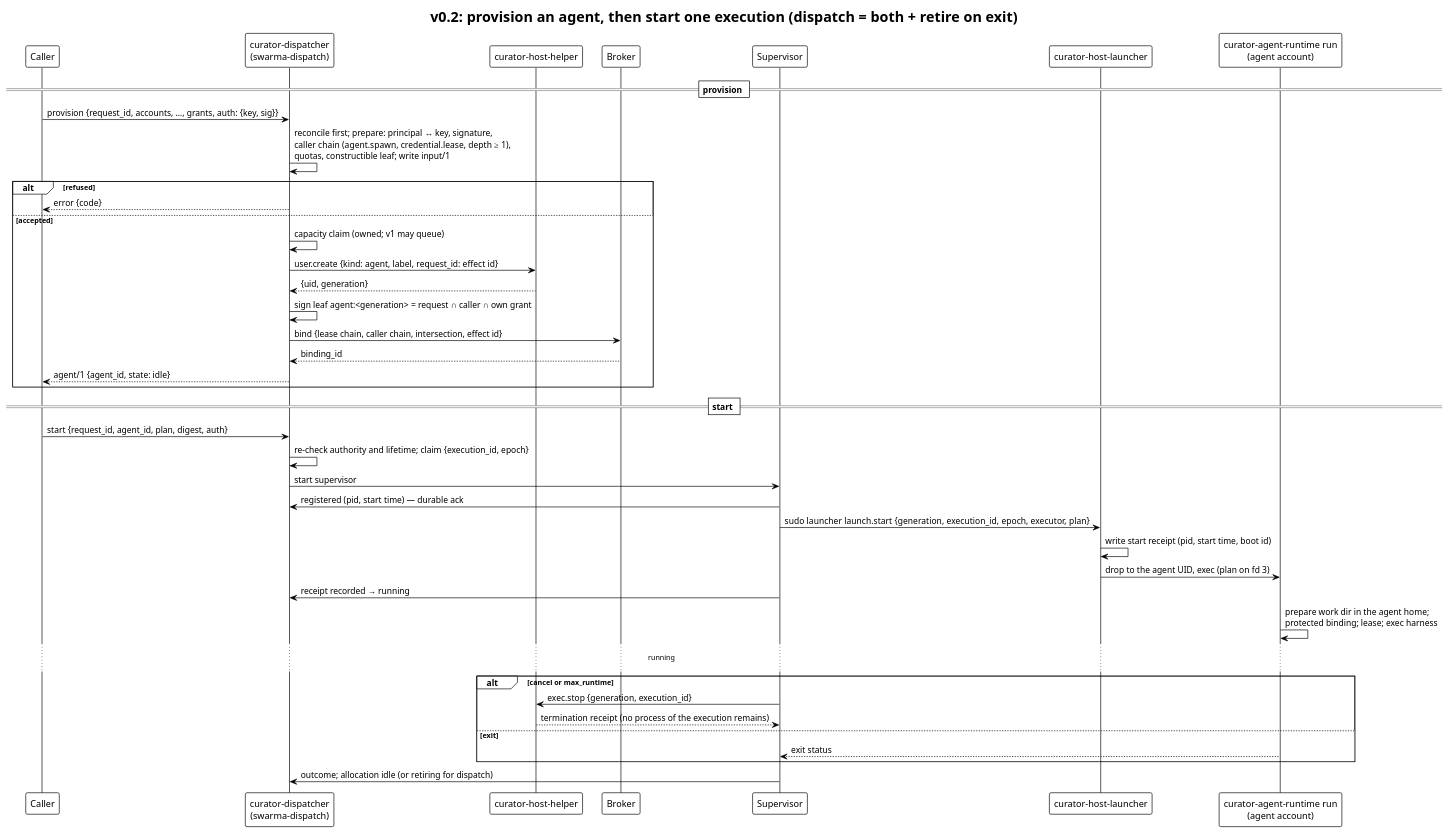
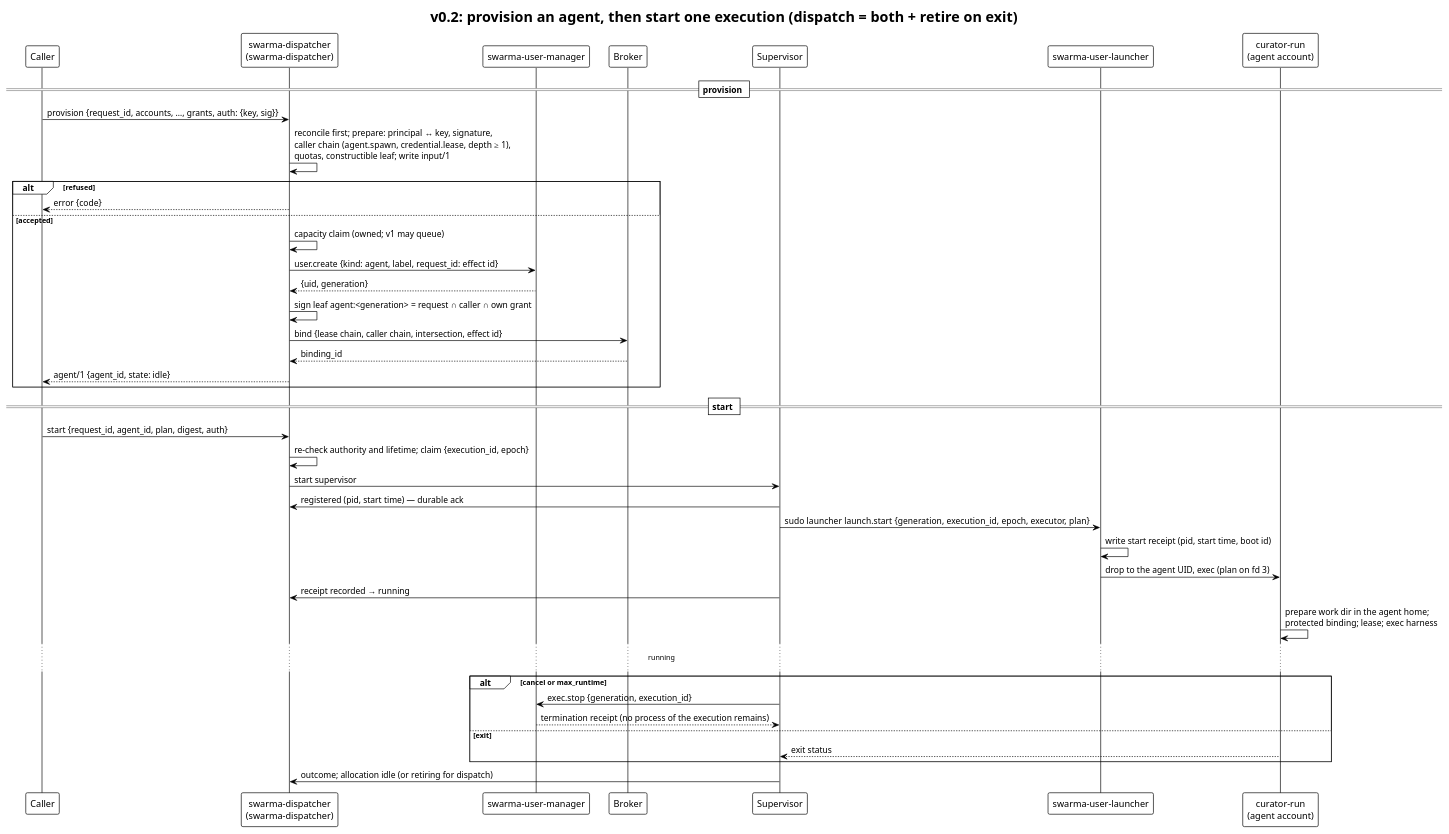
Before and after one commit to relux-works/curator-dispatcher: the diagram in diagrams/dispatch-lifecycle.puml, drawn with PlantUML. The commit also changed 5 other files, not shown here.

```diff
--- a/diagrams/dispatch-lifecycle.puml
+++ b/diagrams/dispatch-lifecycle.puml
@@ -1,45 +1,45 @@
 @startuml dispatch-lifecycle
 !theme plain
 title v0.2: provision an agent, then start one execution (dispatch = both + retire on exit)
 
 participant "Caller" as C
-participant "curator-dispatcher\n(swarma-dispatch)" as D
-participant "curator-host-helper" as H
+participant "swarma-dispatcher\n(swarma-dispatcher)" as D
+participant "swarma-user-manager" as H
 participant "Broker" as B
 participant "Supervisor" as S
-participant "curator-host-launcher" as L
-participant "curator-agent-runtime run\n(agent account)" as E
+participant "swarma-user-launcher" as L
+participant "curator-run\n(agent account)" as E
 
 == provision ==
 C -> D : provision {request_id, accounts, …, grants, auth: {key, sig}}
 D -> D : reconcile first; prepare: principal ↔ key, signature,\ncaller chain (agent.spawn, credential.lease, depth ≥ 1),\nquotas, constructible leaf; write input/1
 alt refused
   D --> C : error {code}
 else accepted
   D -> D : capacity claim (owned; v1 may queue)
   D -> H : user.create {kind: agent, label, request_id: effect id}
   H --> D : {uid, generation}
   D -> D : sign leaf agent:<generation> = request ∩ caller ∩ own grant
   D -> B : bind {lease chain, caller chain, intersection, effect id}
   B --> D : binding_id
   D --> C : agent/1 {agent_id, state: idle}
 end
 == start ==
 C -> D : start {request_id, agent_id, plan, digest, auth}
 D -> D : re-check authority and lifetime; claim {execution_id, epoch}
 D -> S : start supervisor
 S -> D : registered (pid, start time) — durable ack
 S -> L : sudo launcher  launch.start {generation, execution_id, epoch, executor, plan}
 L -> L : write start receipt (pid, start time, boot id)
 L -> E : drop to the agent UID, exec (plan on fd 3)
 S -> D : receipt recorded → running
 E -> E : prepare work dir in the agent home;\nprotected binding; lease; exec harness
 ... running ...
 alt cancel or max_runtime
   S -> H : exec.stop {generation, execution_id}
   H --> S : termination receipt (no process of the execution remains)
 else exit
   E --> S : exit status
 end
 S -> D : outcome; allocation idle (or retiring for dispatch)
 @enduml
```
